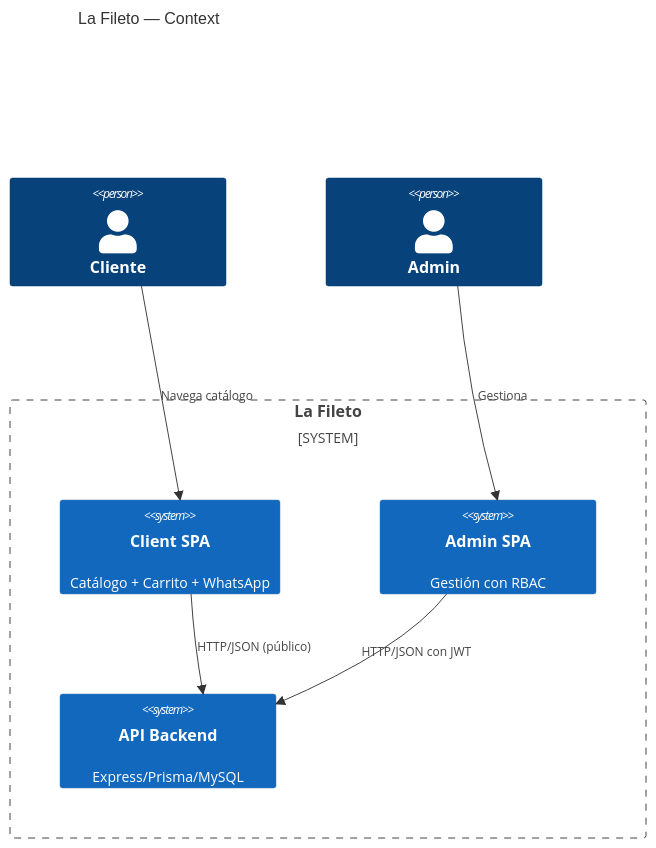
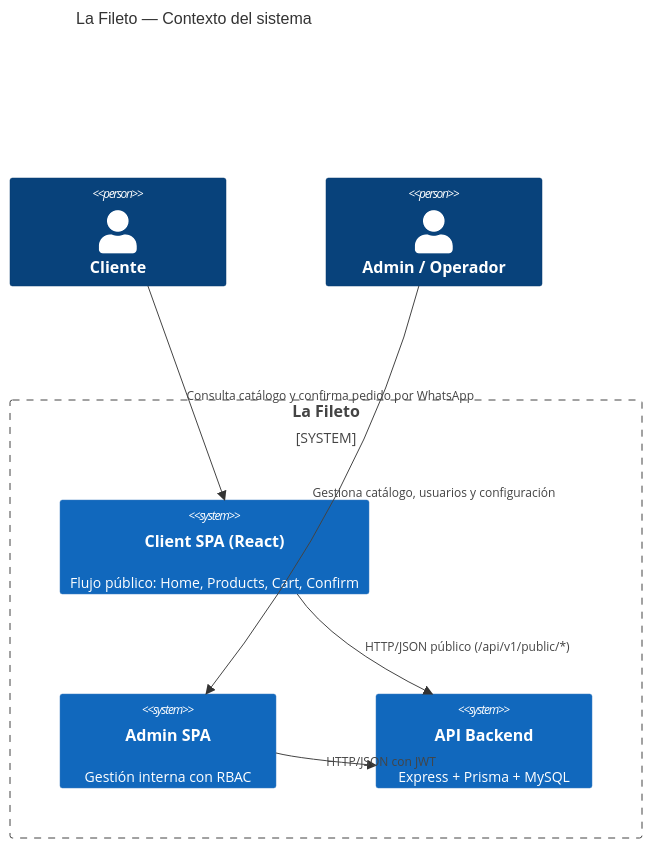
One commit to EMA1322/lafileto-monorepo changed the diagram in docs/03-arquitectura/c4-context.mmd. Above: the diagram before and after it, drawn with Mermaid. The commit also changed other lines of this file and 11 other files, not shown here.

````diff
--- a/docs/03-arquitectura/c4-context.mmd
+++ b/docs/03-arquitectura/c4-context.mmd
@@ -1,15 +1,17 @@
 ```mermaid
 C4Context
-title La Fileto — Context
+title La Fileto — Contexto del sistema
 Person(cliente, "Cliente")
-Person(admin, "Admin")
+Person(admin, "Admin / Operador")
+
 System_Boundary(sys, "La Fileto") {
-  System(client, "Client SPA", "Catálogo + Carrito + WhatsApp")
-  System(adminSpa, "Admin SPA", "Gestión con RBAC")
-  System(api, "API Backend", "Express/Prisma/MySQL")
+  System(clientSpa, "Client SPA (React)", "Flujo público: Home, Products, Cart, Confirm")
+  System(adminSpa, "Admin SPA", "Gestión interna con RBAC")
+  System(api, "API Backend", "Express + Prisma + MySQL")
 }
-Rel(cliente, client, "Navega catálogo")
-Rel(client, api, "HTTP/JSON (público)")
-Rel(admin, adminSpa, "Gestiona")
+
+Rel(cliente, clientSpa, "Consulta catálogo y confirma pedido por WhatsApp")
+Rel(clientSpa, api, "HTTP/JSON público (/api/v1/public/*)")
+Rel(admin, adminSpa, "Gestiona catálogo, usuarios y configuración")
 Rel(adminSpa, api, "HTTP/JSON con JWT")
 ```
````
